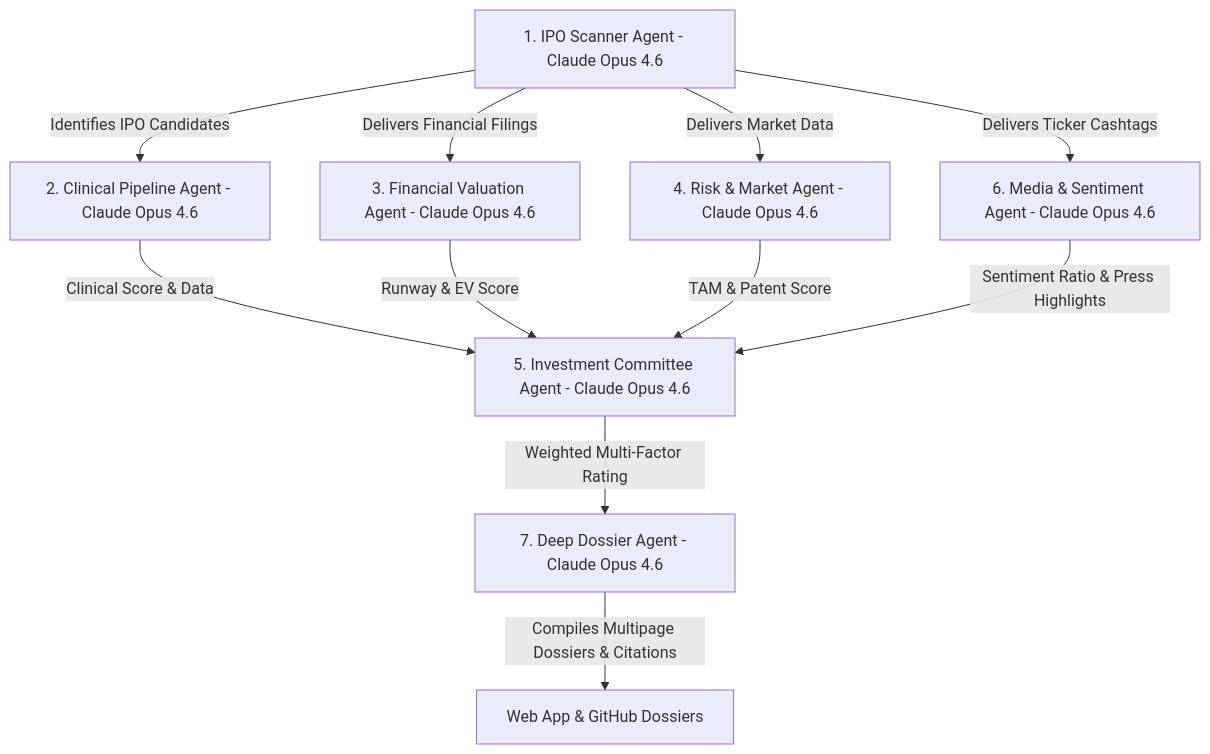
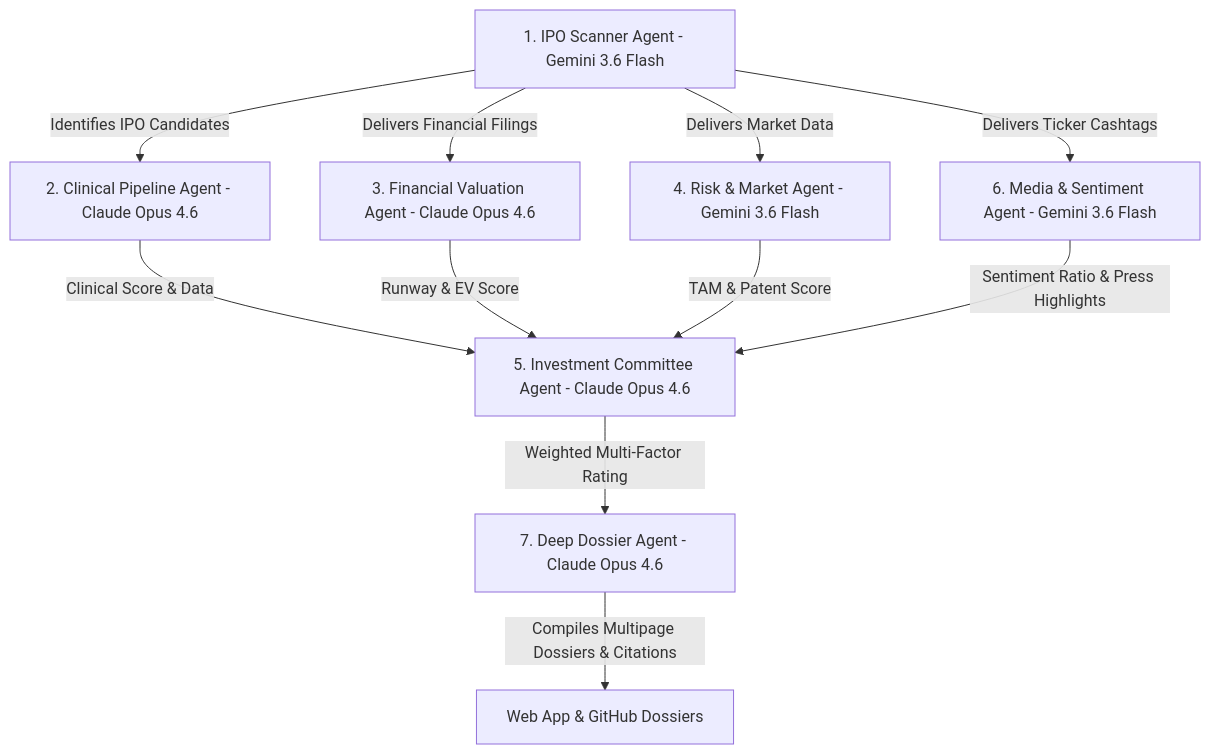
The diagram in agents/README.md (BretonsACT/IPO-Biotechnology), drawn with Mermaid before and after one commit. The commit also changed other lines of this file and 14 other files, not shown here.

Commit message:
Release v2.4: Implement task-optimized Hybrid Multi-Agent LLM Architecture (Gemini 3.6 Flash for data intake & media, Claude Opus 4.6 for clinical, financial & synthesis)

````diff
--- a/agents/README.md
+++ b/agents/README.md
@@ -25,15 +25,15 @@
 ```mermaid
 flowchart TD
-    Sub1[1. IPO Scanner Agent - Claude Opus 4.6] -->|Identifies IPO Candidates| Sub2[2. Clinical Pipeline Agent - Claude Opus 4.6]
+    Sub1[1. IPO Scanner Agent - Gemini 3.6 Flash] -->|Identifies IPO Candidates| Sub2[2. Clinical Pipeline Agent - Claude Opus 4.6]
     Sub1 -->|Delivers Financial Filings| Sub3[3. Financial Valuation Agent - Claude Opus 4.6]
-    Sub1 -->|Delivers Market Data| Sub4[4. Risk & Market Agent - Claude Opus 4.6]
-    Sub1 -->|Delivers Ticker Cashtags| Sub6[6. Media & Sentiment Agent - Claude Opus 4.6]
+    Sub1 -->|Delivers Market Data| Sub4[4. Risk & Market Agent - Gemini 3.6 Flash]
+    Sub1 -->|Delivers Ticker Cashtags| Sub6[6. Media & Sentiment Agent - Gemini 3.6 Flash]
     
     Sub2 -->|Clinical Score & Data| Synthesis[5. Investment Committee Agent - Claude Opus 4.6]
     Sub3 -->|Runway & EV Score| Synthesis
     Sub4 -->|TAM & Patent Score| Synthesis
     Sub6 -->|Sentiment Ratio & Press Highlights| Synthesis
     
     Synthesis -->|Weighted Multi-Factor Rating| Sub7[7. Deep Dossier Agent - Claude Opus 4.6]
     Sub7 -->|Compiles Multipage Dossiers & Citations| FinalReport[Web App & GitHub Dossiers]
 ```
````
